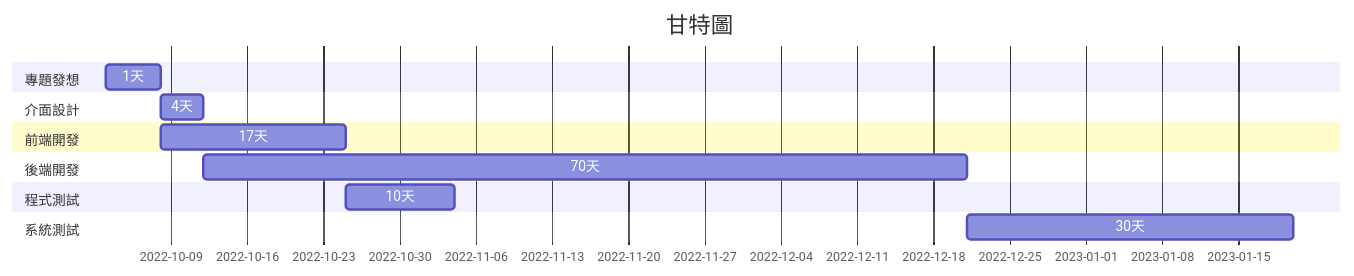
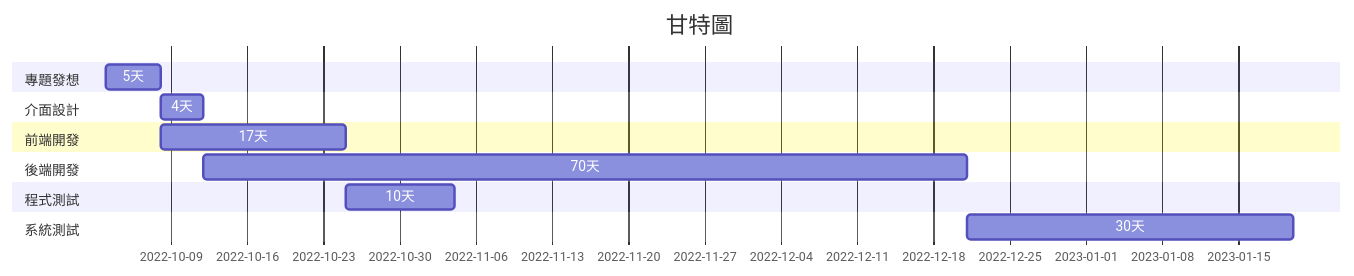
Before and after one commit to noman248/Group: the diagram in README.md, drawn with Mermaid.

````diff
--- a/README.md
+++ b/README.md
@@ -16,22 +16,22 @@
 ```mermaid
 gantt
     title 甘特圖
     section 專題發想
-    1天:a1, 2022-10-03, 5d
+    5天:a1, 2022-10-03, 5d
     
     section 介面設計
     4天:a2,after a1  , 4d
     
     section 前端開發
     17天:a3,after a1  , 17d
     
     section 後端開發
     70天:a4,after a2  , 70d 
     
     section 程式測試
     10天:a5,after a3  , 10d
     
     section 系統測試
     30天:a6,after a4  , 30d
     
 ```
````
